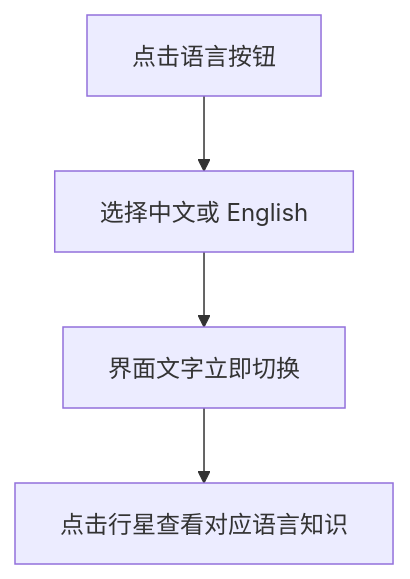
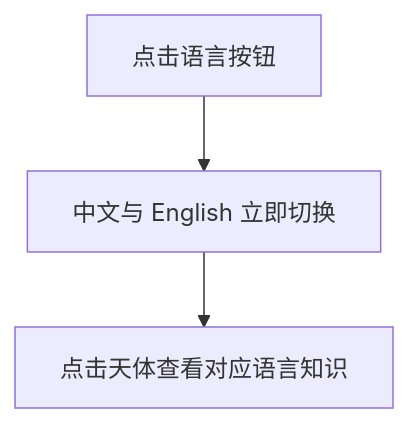
The fifth of 8 diagrams in docs/用户操作流程图.md (shf241/solarkids), drawn with Mermaid before and after one commit. The commit also changed other lines of this file and 7 other files, not shown here.

````diff
--- a/docs/用户操作流程图.md
+++ b/docs/用户操作流程图.md
@@ -85,6 +83,5 @@
 ```mermaid
 flowchart TD
-    A["点击语言按钮"] --> B["选择中文或 English"]
-    B --> C["界面文字立即切换"]
-    C --> D["点击行星查看对应语言知识"]
+    A["点击语言按钮"] --> B["中文与 English 立即切换"]
+    B --> C["点击天体查看对应语言知识"]
 ```
````
